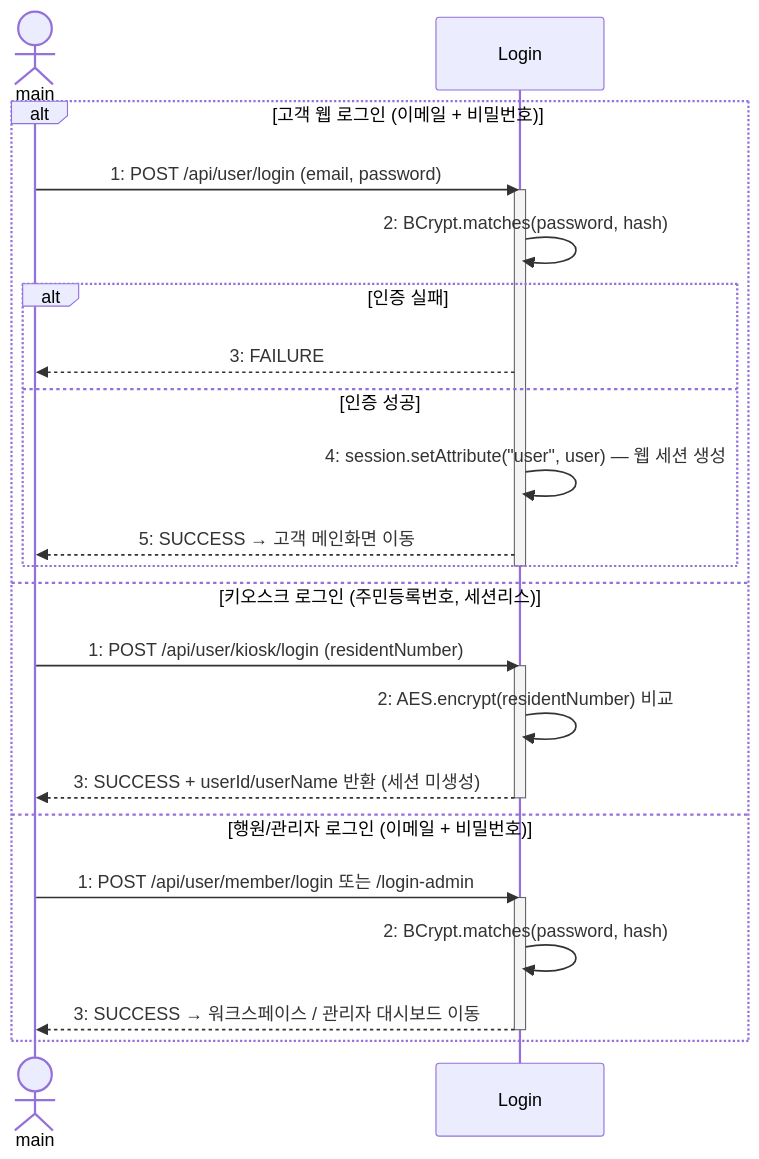
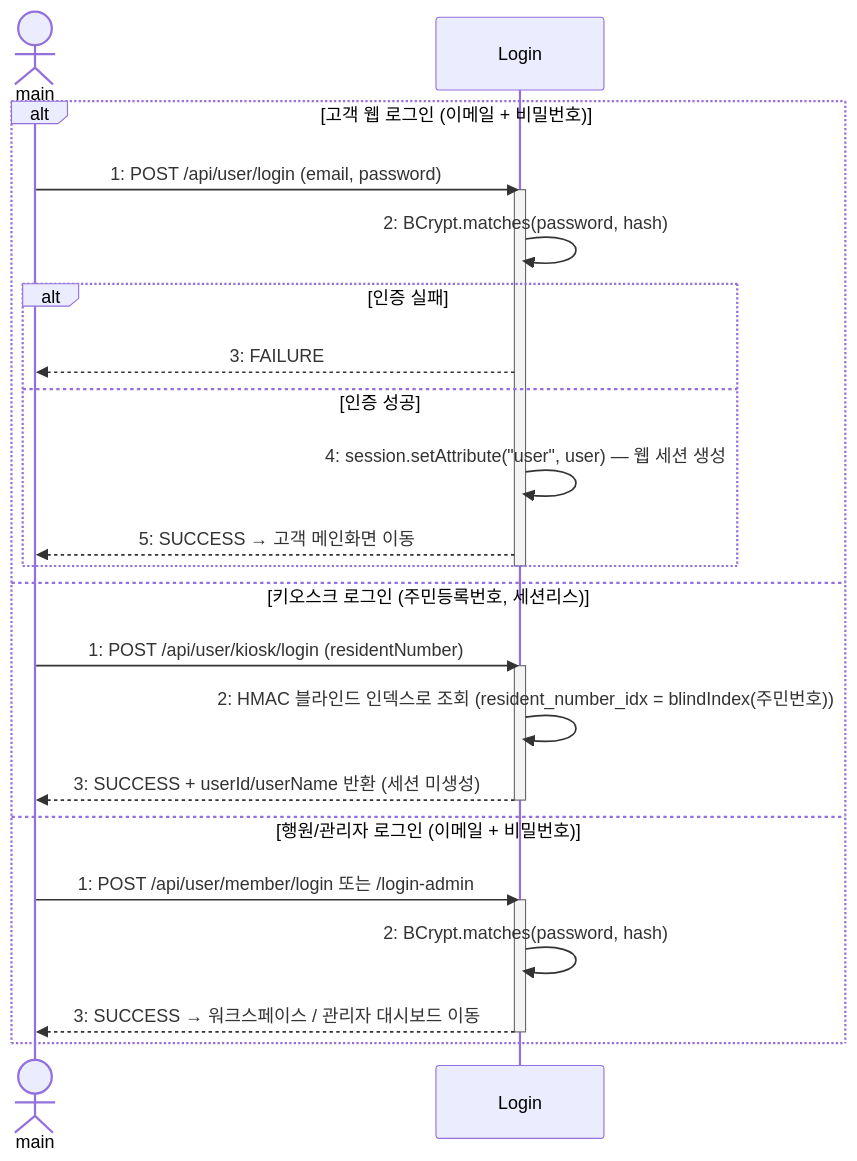
The third of 11 diagrams in Design_[21622137_최재영].md (silversky621/BankScope), drawn with Mermaid before and after one commit. The commit also changed other lines of this file and 2 other files, not shown here.

Commit message:
docs: 보안 고도화(AES-GCM+블라인드인덱스·서버측 인가·Flyway) 및 향후 개선 절 3개 문서 반영

````diff
--- a/Design_[21622137_최재영].md
+++ b/Design_[21622137_최재영].md
@@ -362,30 +365,30 @@
 ```mermaid
 sequenceDiagram
     actor main
     participant Login
 
     alt 고객 웹 로그인 (이메일 + 비밀번호)
         main->>Login: 1: POST /api/user/login (email, password)
         activate Login
         Login->>Login: 2: BCrypt.matches(password, hash)
         alt 인증 실패
             Login-->>main: 3: FAILURE
         else 인증 성공
             Login->>Login: 4: session.setAttribute("user", user) — 웹 세션 생성
             Login-->>main: 5: SUCCESS → 고객 메인화면 이동
         end
         deactivate Login
     else 키오스크 로그인 (주민등록번호, 세션리스)
         main->>Login: 1: POST /api/user/kiosk/login (residentNumber)
         activate Login
-        Login->>Login: 2: AES.encrypt(residentNumber) 비교
+        Login->>Login: 2: HMAC 블라인드 인덱스로 조회 (resident_number_idx = blindIndex(주민번호))
         Login-->>main: 3: SUCCESS + userId/userName 반환 (세션 미생성)
         deactivate Login
     else 행원/관리자 로그인 (이메일 + 비밀번호)
         main->>Login: 1: POST /api/user/member/login 또는 /login-admin
         activate Login
         Login->>Login: 2: BCrypt.matches(password, hash)
         Login-->>main: 3: SUCCESS → 워크스페이스 / 관리자 대시보드 이동
         deactivate Login
     end
 ```
````
